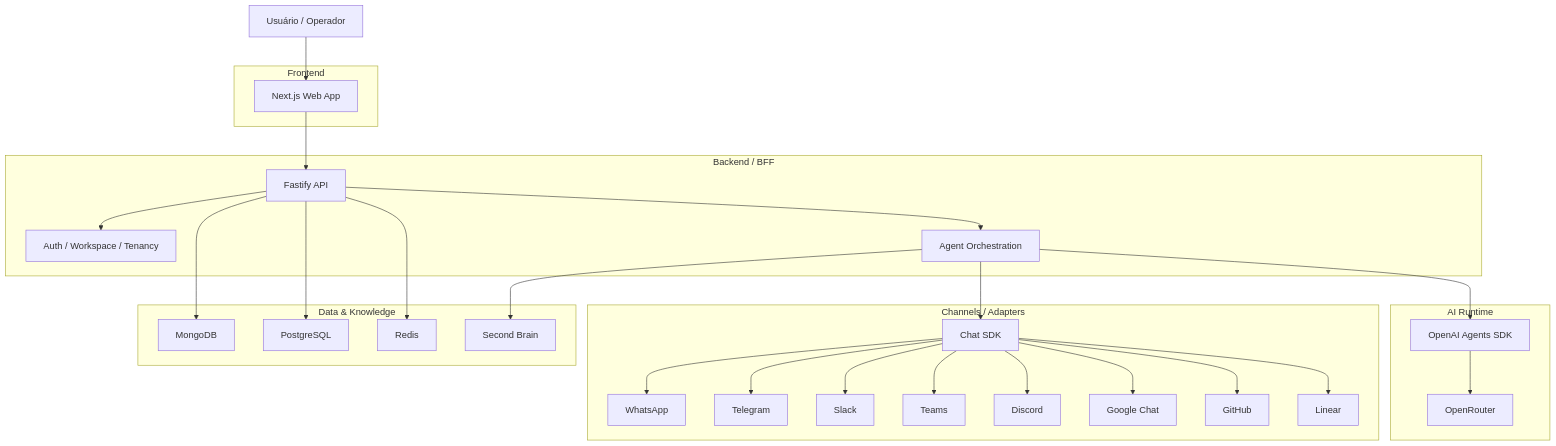
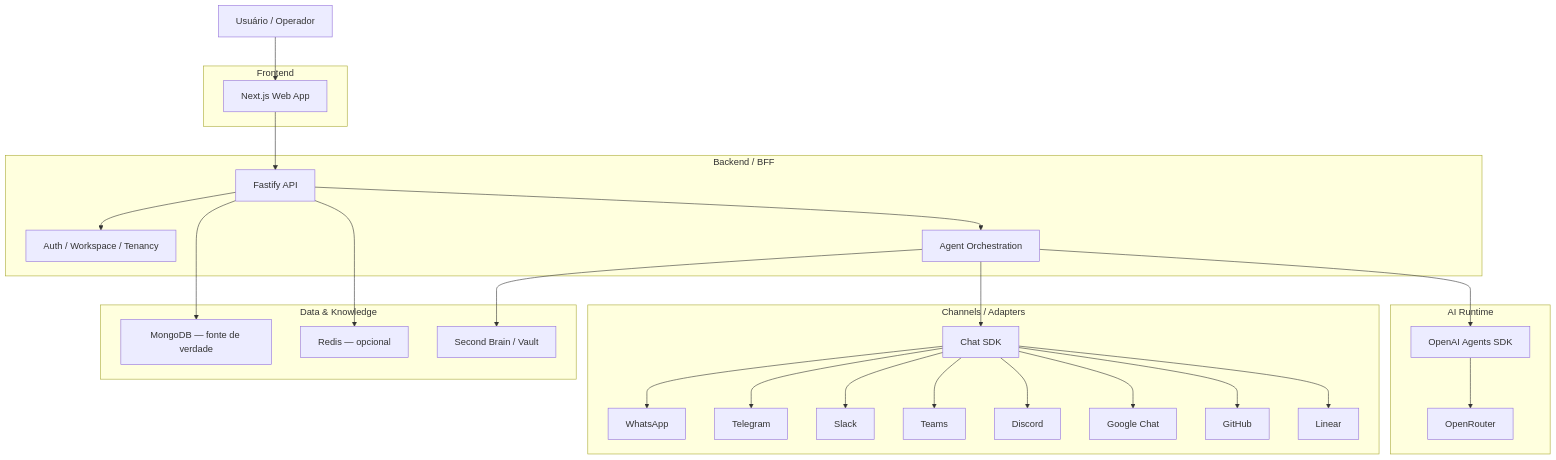
One commit to whitebeardit/agents-team-crafter changed the third of 3 diagrams in README.md. Above: the diagram before and after it, drawn with Mermaid. The commit also changed other lines of this file and 27 other files, not shown here.

````diff
--- a/README.md
+++ b/README.md
@@ -417,58 +430,56 @@
 ```mermaid
 flowchart TB
   USER["Usuário / Operador"]
 
   subgraph FRONTEND["Frontend"]
     NEXT["Next.js Web App"]
   end
 
   subgraph BACKEND["Backend / BFF"]
     FASTIFY["Fastify API"]
     AUTH["Auth / Workspace / Tenancy"]
     ORCHESTRATION["Agent Orchestration"]
   end
 
   subgraph AI["AI Runtime"]
     AGENTS["OpenAI Agents SDK"]
     ROUTER["OpenRouter"]
   end
 
   subgraph CHANNELS["Channels / Adapters"]
     CHATSDK["Chat SDK"]
     WHATSAPP["WhatsApp"]
     TELEGRAM["Telegram"]
     SLACK["Slack"]
     TEAMS["Teams"]
     DISCORD["Discord"]
     GCHAT["Google Chat"]
     GITHUB["GitHub"]
     LINEAR["Linear"]
   end
 
   subgraph DATA["Data & Knowledge"]
-    MONGO["MongoDB"]
-    POSTGRES["PostgreSQL"]
-    REDIS["Redis"]
-    BRAIN["Second Brain"]
+    MONGO["MongoDB — fonte de verdade"]
+    REDIS["Redis — opcional"]
+    BRAIN["Second Brain / Vault"]
   end
 
   USER --> NEXT
   NEXT --> FASTIFY
   FASTIFY --> AUTH
   FASTIFY --> ORCHESTRATION
   ORCHESTRATION --> AGENTS
   AGENTS --> ROUTER
   ORCHESTRATION --> CHATSDK
   CHATSDK --> WHATSAPP
   CHATSDK --> TELEGRAM
   CHATSDK --> SLACK
   CHATSDK --> TEAMS
   CHATSDK --> DISCORD
   CHATSDK --> GCHAT
   CHATSDK --> GITHUB
   CHATSDK --> LINEAR
   FASTIFY --> MONGO
-  FASTIFY --> POSTGRES
   FASTIFY --> REDIS
   ORCHESTRATION --> BRAIN
 ```
````
